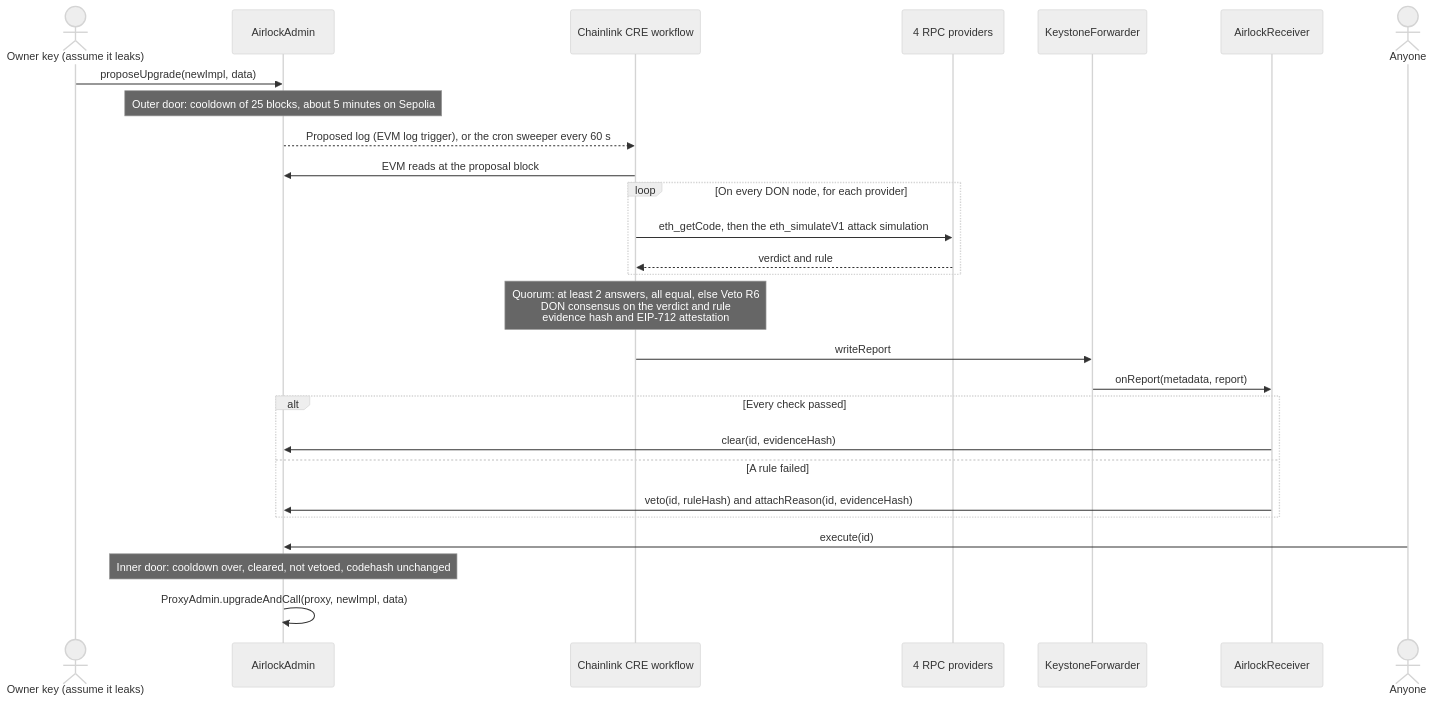
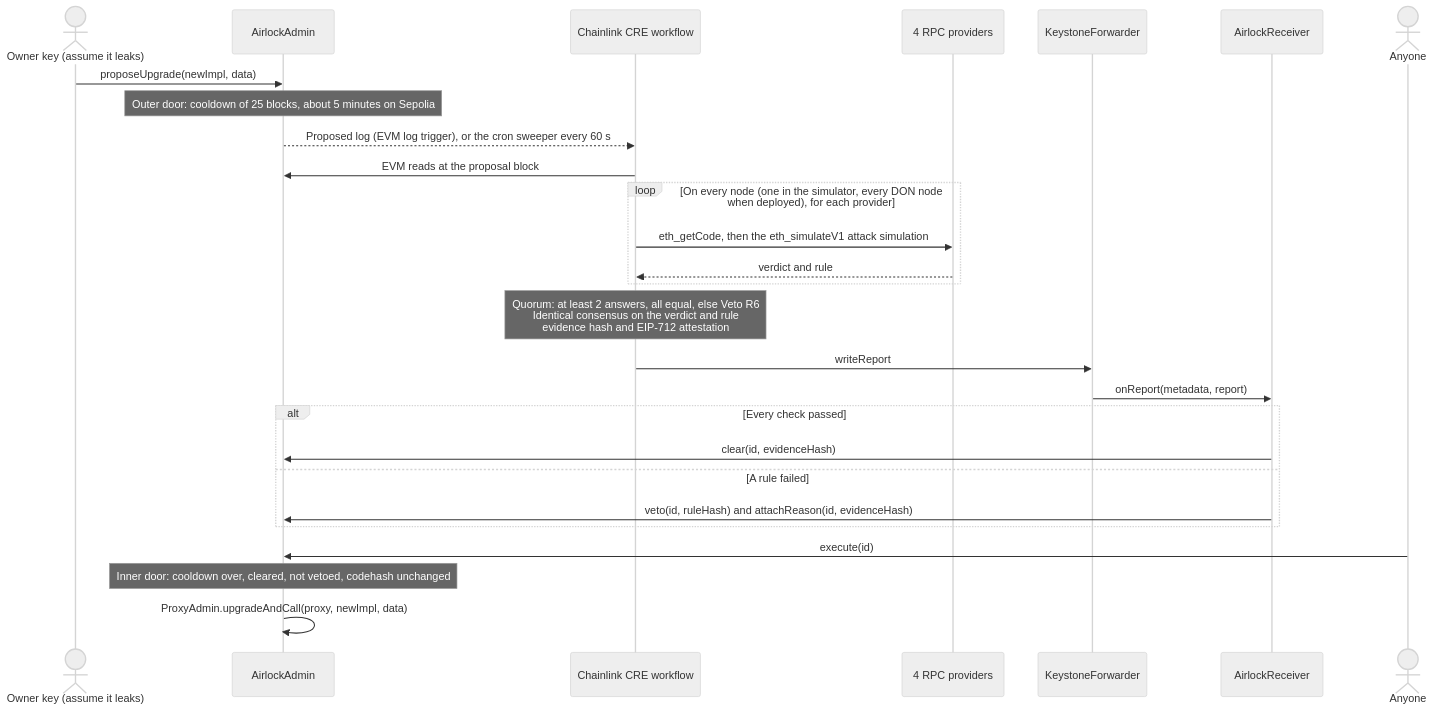
Before and after one commit to tedinroc/upgrade-airlock: the diagram in README.md, drawn with Mermaid (neutral theme). The commit also changed other lines of this file and 37 other files, not shown here.

````diff
--- a/README.md
+++ b/README.md
@@ -78,30 +92,30 @@
 ```mermaid
 sequenceDiagram
     actor Owner as Owner key (assume it leaks)
     participant Admin as AirlockAdmin
     participant CRE as Chainlink CRE workflow
     participant RPC as 4 RPC providers
     participant Fwd as KeystoneForwarder
     participant Recv as AirlockReceiver
     actor Anyone
 
     Owner->>Admin: proposeUpgrade(newImpl, data)
     Note over Admin: Outer door: cooldown of 25 blocks, about 5 minutes on Sepolia
     Admin-->>CRE: Proposed log (EVM log trigger), or the cron sweeper every 60 s
     CRE->>Admin: EVM reads at the proposal block
-    loop On every DON node, for each provider
+    loop On every node (one in the simulator, every DON node when deployed), for each provider
         CRE->>RPC: eth_getCode, then the eth_simulateV1 attack simulation
         RPC-->>CRE: verdict and rule
     end
-    Note over CRE: Quorum: at least 2 answers, all equal, else Veto R6<br/>DON consensus on the verdict and rule<br/>evidence hash and EIP-712 attestation
+    Note over CRE: Quorum: at least 2 answers, all equal, else Veto R6<br/>Identical consensus on the verdict and rule<br/>evidence hash and EIP-712 attestation
     CRE->>Fwd: writeReport
     Fwd->>Recv: onReport(metadata, report)
     alt Every check passed
         Recv->>Admin: clear(id, evidenceHash)
     else A rule failed
         Recv->>Admin: veto(id, ruleHash) and attachReason(id, evidenceHash)
     end
     Anyone->>Admin: execute(id)
     Note over Admin: Inner door: cooldown over, cleared, not vetoed, codehash unchanged
     Admin->>Admin: ProxyAdmin.upgradeAndCall(proxy, newImpl, data)
 ```
````
